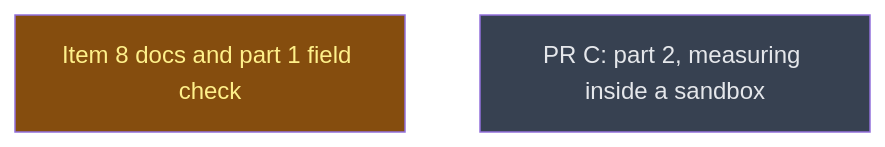
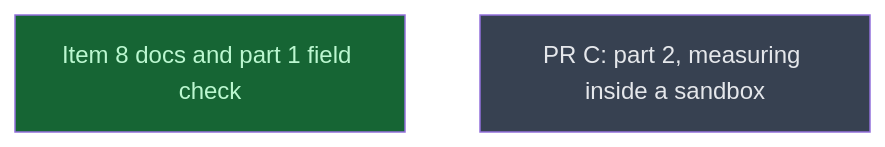
The diagram in __roadmap__/v0214-sandbox/part1/close/README.md (LittleCoinCoin/hypomnesis), drawn with Mermaid before and after one commit. The commit also changed other lines of this file and 1 other file, not shown here.

First line of the commit message:
docs(roadmap): mark part1_close done and record PR B's seam review

````diff
--- a/__roadmap__/v0214-sandbox/part1/close/README.md
+++ b/__roadmap__/v0214-sandbox/part1/close/README.md
@@ -20,10 +20,10 @@
 ```mermaid
 graph TD
-    part1_close[Item 8 docs and part 1 field check]:::inprogress
+    part1_close[Item 8 docs and part 1 field check]:::done
     part2[PR C: part 2, measuring inside a sandbox]:::planned
     classDef done       fill:#166534,color:#bbf7d0
     classDef inprogress fill:#854d0e,color:#fef08a
     classDef planned    fill:#374151,color:#e5e7eb
     classDef amendment  fill:#1e3a5f,color:#bfdbfe
     classDef blocked    fill:#7f1d1d,color:#fecaca
 ```
````
